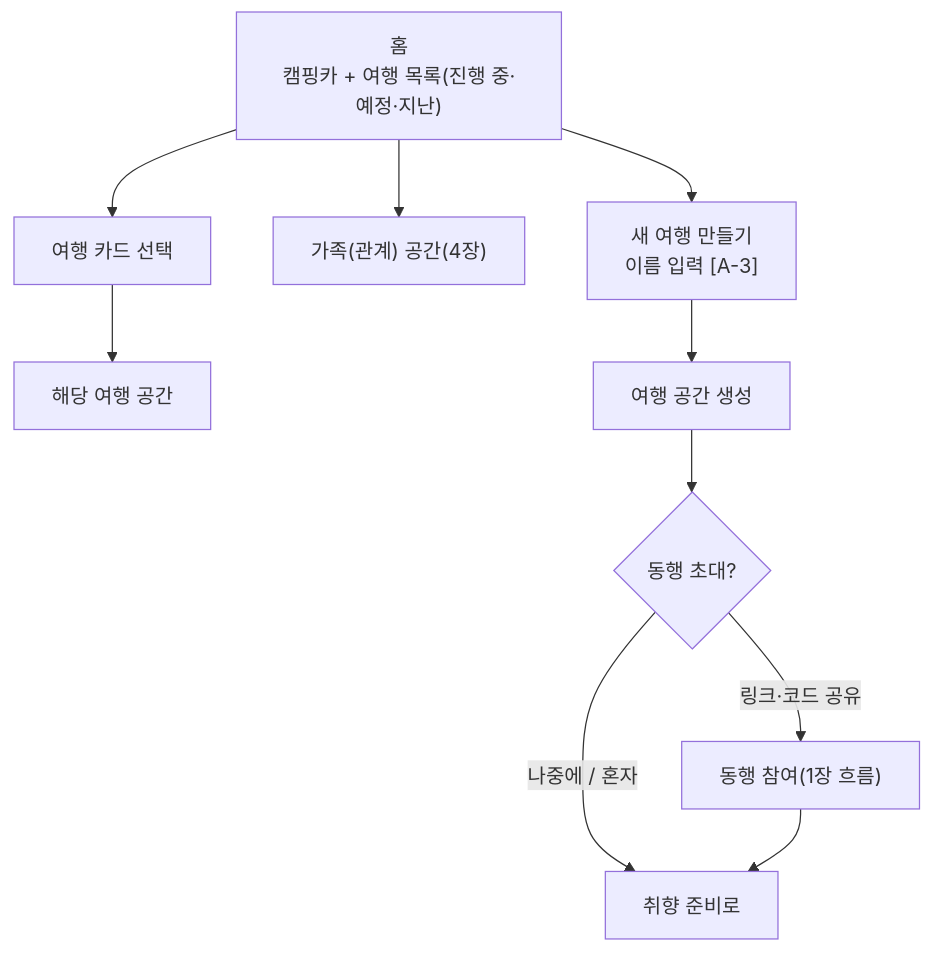
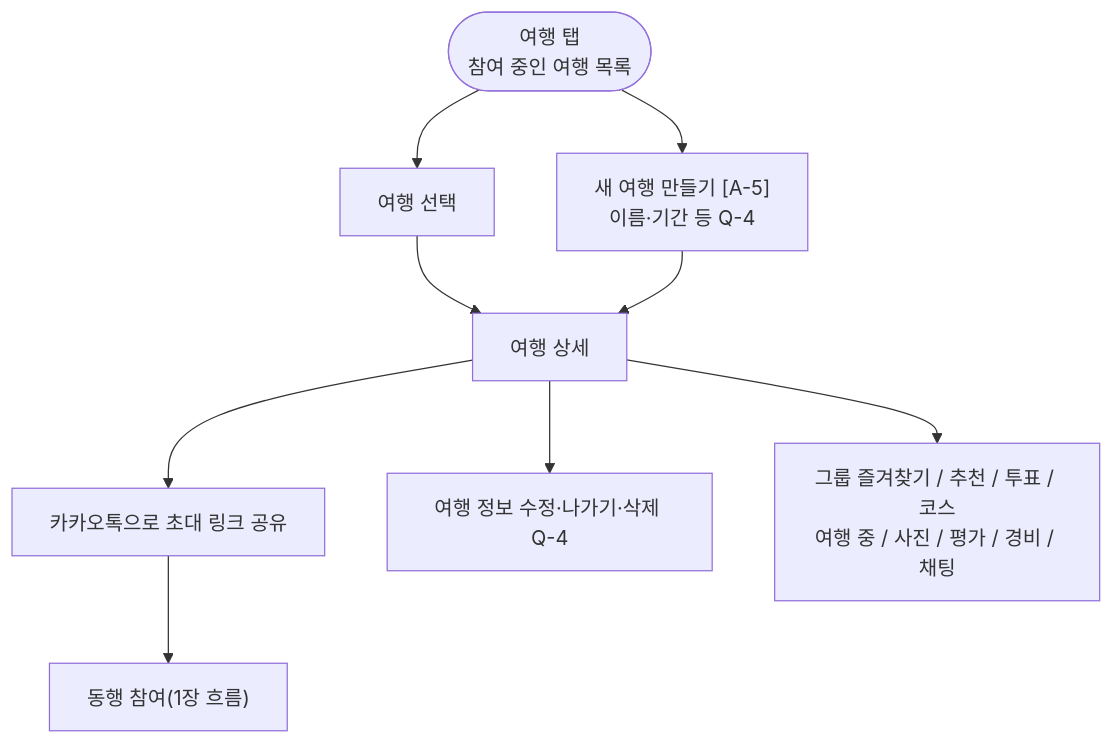
One commit to a204-eodilog/eodilog changed the tenth of 24 diagrams in docs/flow/user-flow.md. Above: the diagram before and after it, drawn with Mermaid. The commit also changed other lines of this file, not shown here.

````diff
--- a/docs/flow/user-flow.md
+++ b/docs/flow/user-flow.md
@@ -83,11 +234,10 @@
 ```mermaid
 flowchart TD
-    HOME["홈<br/>캠핑카 + 여행 목록(진행 중·예정·지난)"] --> OPEN["여행 카드 선택"] --> TRIPV["해당 여행 공간"]
-    HOME --> FAM["가족(관계) 공간(4장)"]
-    HOME --> NT["새 여행 만들기<br/>이름 입력 [A-3]"]
-    NT --> SP["여행 공간 생성"]
-    SP --> IV{"동행 초대?"}
-    IV -- "링크·코드 공유" --> WAIT["동행 참여(1장 흐름)"]
-    IV -- "나중에 / 혼자" --> PREP["취향 준비로"]
-    WAIT --> PREP
+    TL(["여행 탭<br/>참여 중인 여행 목록"]) --> OPEN["여행 선택"] --> TD["여행 상세"]
+    TL --> NEW["새 여행 만들기 [A-5]<br/>이름·기간 등 Q-4"]
+    NEW --> TD
+    TD --> INV["카카오톡으로 초대 링크 공유"]
+    INV --> JOIN["동행 참여(1장 흐름)"]
+    TD --> MNG["여행 정보 수정·나가기·삭제 Q-4"]
+    TD --> TABS["그룹 즐겨찾기 / 추천 / 투표 / 코스<br/>여행 중 / 사진 / 평가 / 경비 / 채팅"]
 ```
````
